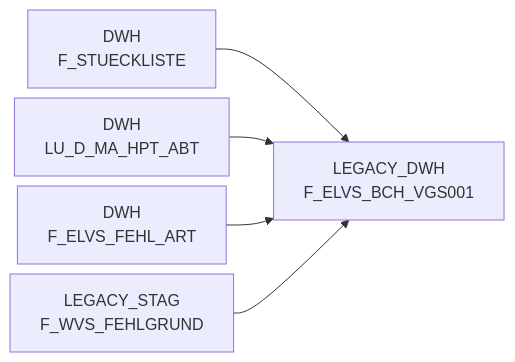
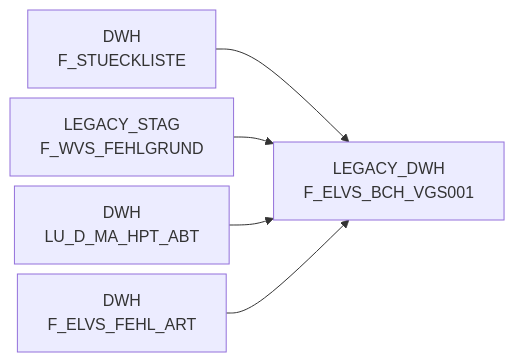
One commit to integration-factory-de/sas_code_docs changed the diagram in docs/Tables/LEGACY_DWH/F_ELVS_BCH_VGS001.md. Above: the diagram before and after it, drawn with Mermaid. The commit also changed other lines of this file and 129 other files, not shown here.

````diff
--- a/docs/Tables/LEGACY_DWH/F_ELVS_BCH_VGS001.md
+++ b/docs/Tables/LEGACY_DWH/F_ELVS_BCH_VGS001.md
@@ -9,18 +9,18 @@
 ```mermaid
 %%{init: {'flowchart': { 'nodeSpacing': 10, 'rankSpacing': 40, 'rankdir': 'TB' }}}%%
 
 flowchart LR
 
   DWH.F_STUECKLISTE["DWH<br/>F_STUECKLISTE"] --> LEGACY_DWH.F_ELVS_BCH_VGS001["LEGACY_DWH<br/>F_ELVS_BCH_VGS001"]
+  LEGACY_STAG.F_WVS_FEHLGRUND["LEGACY_STAG<br/>F_WVS_FEHLGRUND"] --> LEGACY_DWH.F_ELVS_BCH_VGS001["LEGACY_DWH<br/>F_ELVS_BCH_VGS001"]
   DWH.LU_D_MA_HPT_ABT["DWH<br/>LU_D_MA_HPT_ABT"] --> LEGACY_DWH.F_ELVS_BCH_VGS001["LEGACY_DWH<br/>F_ELVS_BCH_VGS001"]
   DWH.F_ELVS_FEHL_ART["DWH<br/>F_ELVS_FEHL_ART"] --> LEGACY_DWH.F_ELVS_BCH_VGS001["LEGACY_DWH<br/>F_ELVS_BCH_VGS001"]
-  LEGACY_STAG.F_WVS_FEHLGRUND["LEGACY_STAG<br/>F_WVS_FEHLGRUND"] --> LEGACY_DWH.F_ELVS_BCH_VGS001["LEGACY_DWH<br/>F_ELVS_BCH_VGS001"]
   click DWH.F_STUECKLISTE "../../tables/DWH/F_STUECKLISTE"
+  click LEGACY_STAG.F_WVS_FEHLGRUND "../../tables/LEGACY_STAG/F_WVS_FEHLGRUND"
   click DWH.LU_D_MA_HPT_ABT "../../tables/DWH/LU_D_MA_HPT_ABT"
   click DWH.F_ELVS_FEHL_ART "../../tables/DWH/F_ELVS_FEHL_ART"
-  click LEGACY_STAG.F_WVS_FEHLGRUND "../../tables/LEGACY_STAG/F_WVS_FEHLGRUND"
   click LEGACY_DWH.F_ELVS_BCH_VGS001 "../../tables/LEGACY_DWH/F_ELVS_BCH_VGS001"
   click LEGACY_DWH.F_ELVS_BCH_VGS001 "../../tables/LEGACY_DWH/F_ELVS_BCH_VGS001"
   click LEGACY_DWH.F_ELVS_BCH_VGS001 "../../tables/LEGACY_DWH/F_ELVS_BCH_VGS001"
   click LEGACY_DWH.F_ELVS_BCH_VGS001 "../../tables/LEGACY_DWH/F_ELVS_BCH_VGS001"
 ```
````
